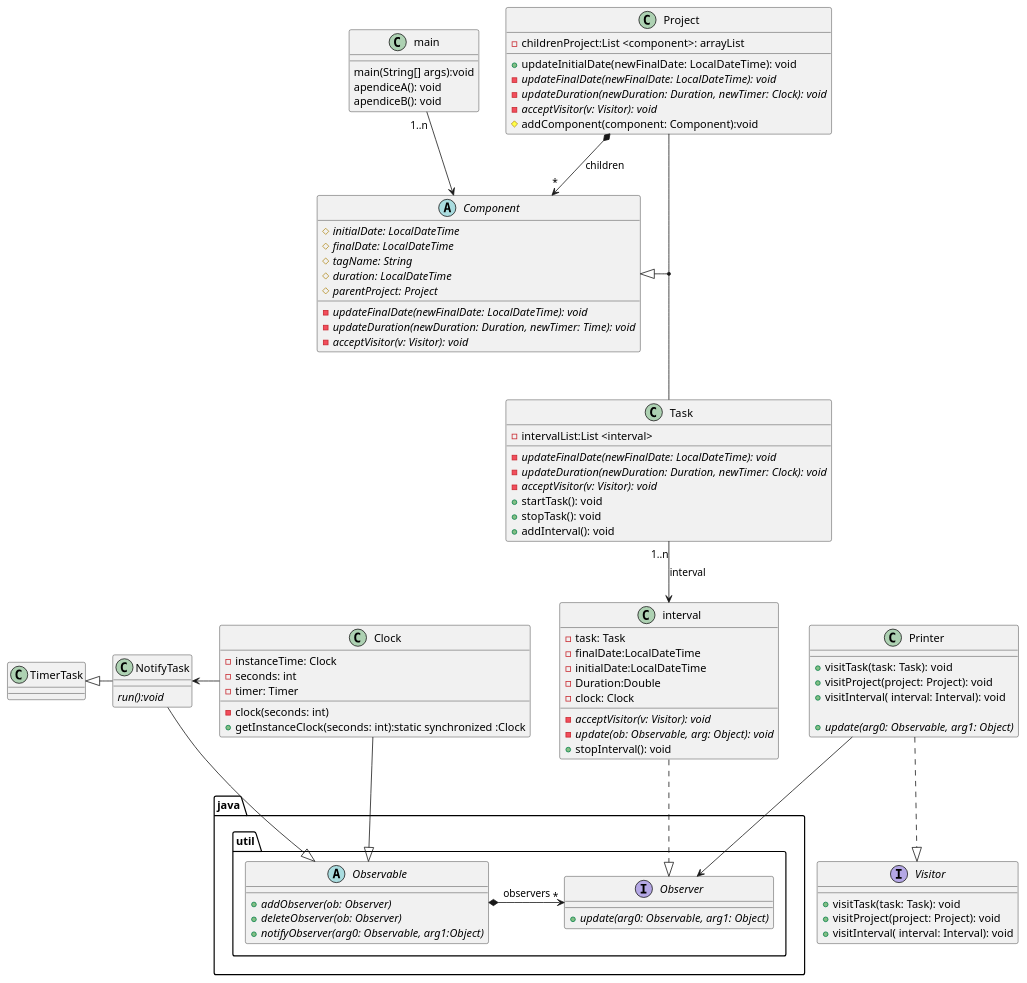
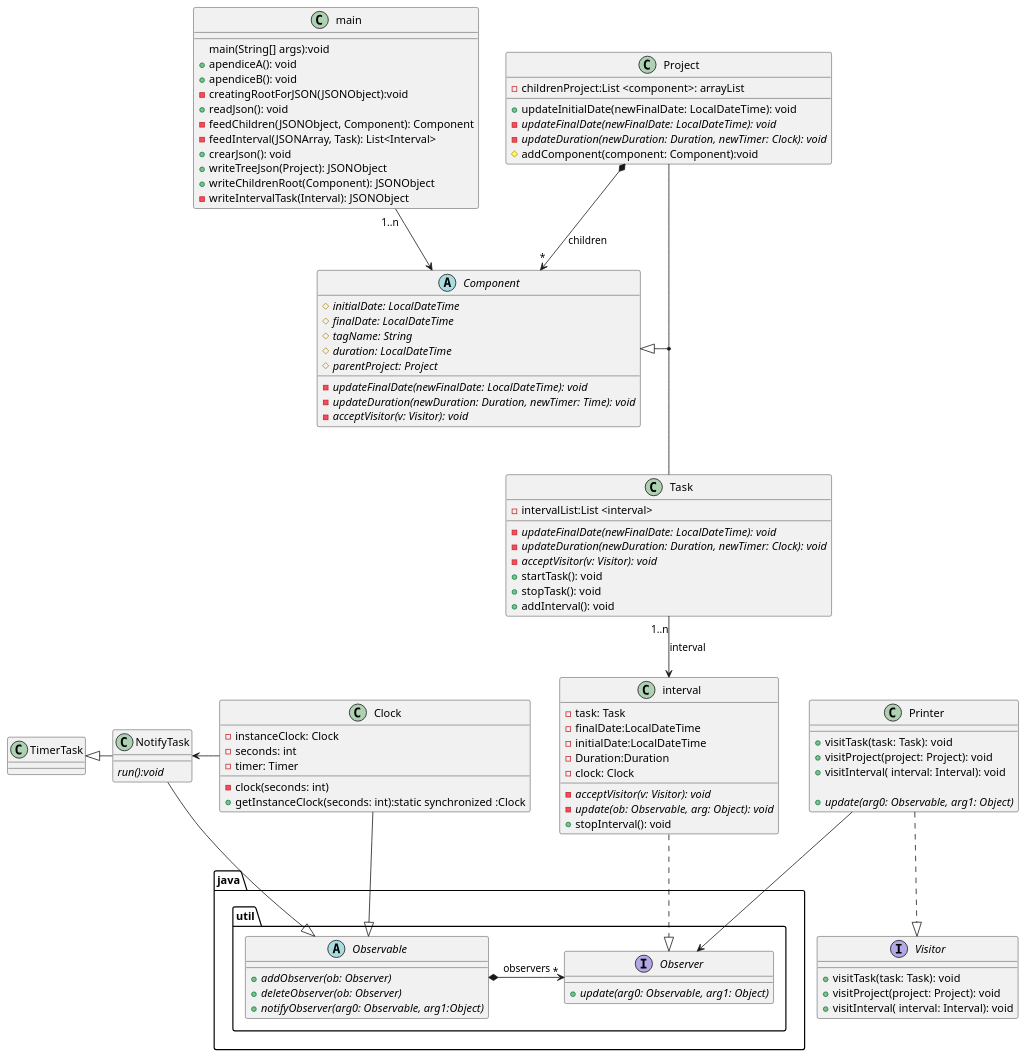
One commit to alekzihz/DS_TimeTracking changed the diagram in src/umlTimeTracking.puml. Above: the diagram before and after it, drawn with PlantUML.

Commit message:
actualización del uml milestone1

```diff
--- a/src/umlTimeTracking.puml
+++ b/src/umlTimeTracking.puml
@@ -1,120 +1,126 @@
 @startuml
 'https://plantuml.com/class-diagram
 
 
 
 class main{
   main(String[] args):void
-  apendiceA(): void
-  apendiceB(): void
-
+  +apendiceA(): void
+  +apendiceB(): void
+  -creatingRootForJSON(JSONObject):void
+  +readJson(): void
+  -feedChildren(JSONObject, Component): Component
+  -feedInterval(JSONArray, Task): List<Interval>
+  +crearJson(): void
+  +writeTreeJson(Project): JSONObject
+  +writeChildrenRoot(Component): JSONObject
+  -writeIntervalTask(Interval): JSONObject
 }
 abstract Component{
     {abstract}#initialDate: LocalDateTime
     {abstract}#finalDate: LocalDateTime
     {abstract}#tagName: String
     {abstract}#duration: LocalDateTime
     {abstract}#parentProject: Project
 
     {abstract}-updateFinalDate(newFinalDate: LocalDateTime): void
     {abstract}-updateDuration(newDuration: Duration, newTimer: Time): void
     {abstract}-acceptVisitor(v: Visitor): void
 }
 
 Interface Visitor{
     +visitTask(task: Task): void
     +visitProject(project: Project): void
     +visitInterval( interval: Interval): void
 
 }
 
 class Project{
     -childrenProject:List <component>: arrayList
     +updateInitialDate(newFinalDate: LocalDateTime): void
      {abstract}-updateFinalDate(newFinalDate: LocalDateTime): void
      {abstract}-updateDuration(newDuration: Duration, newTimer: Clock): void
-     {abstract}-acceptVisitor(v: Visitor): void
      #addComponent(component: Component):void
 }
 
 class Task {
     -intervalList:List <interval>
     {abstract}-updateFinalDate(newFinalDate: LocalDateTime): void
     {abstract}-updateDuration(newDuration: Duration, newTimer: Clock): void
     {abstract}-acceptVisitor(v: Visitor): void
     +startTask(): void
     +stopTask(): void
     +addInterval(): void
 }
 class interval{
     -task: Task
     -finalDate:LocalDateTime
     -initialDate:LocalDateTime
-    -Duration:Double
+    -Duration:Duration
     -clock: Clock
 
     {abstract}-acceptVisitor(v: Visitor): void
     {abstract}-update(ob: Observable, arg: Object): void
     +stopInterval(): void
 
 }
 
 package java.util{
 
     interface Observer {
 
         +{abstract}update(arg0: Observable, arg1: Object)
 
     }
 
     Abstract Observable
     {
        +{abstract}addObserver(ob: Observer)
        +{abstract}deleteObserver(ob: Observer)
        +{abstract}notifyObserver(arg0: Observable, arg1:Object)
     }
 
 
 
 }
 
 class Clock {
-    -instanceTime: Clock
+    -instanceClock: Clock
     -seconds: int
     -timer: Timer
     -clock(seconds: int)
     +getInstanceClock(seconds: int):static synchronized :Clock
 
 }
 
 class NotifyTask{
     {abstract}run():void
 }
 
 class Printer{
     +visitTask(task: Task): void
     +visitProject(project: Project): void
     +visitInterval( interval: Interval): void
 
     +{abstract}update(arg0: Observable, arg1: Object)
 }
 
 Clock-left->NotifyTask
 NotifyTask--|>Observable
 NotifyTask-left-|>TimerTask
 
 Printer..|>Visitor
 Printer-->Observer
 
 main"1..n"--> Component
 Project *--> "*"Component:children
 
 Component <|--down(Project,Task)
 
 Clock--|> Observable
 interval ..|> Observer
 Observable*--left>"*"Observer:observers
 Task "1..n"--> interval:interval
 
 
 @enduml
```
